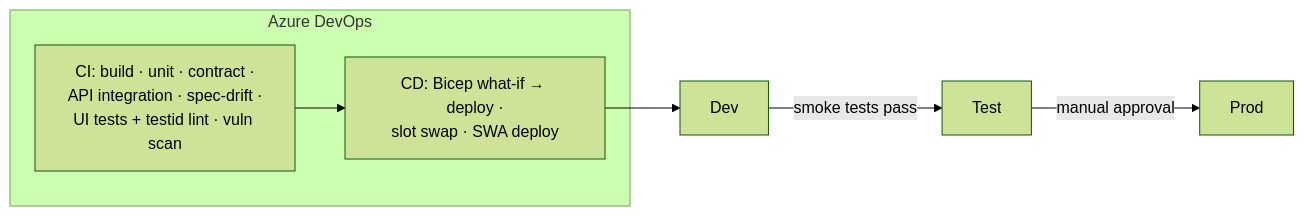
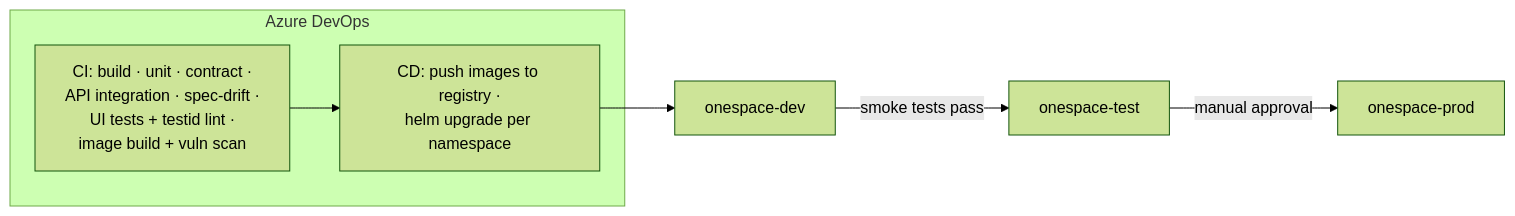
One commit to sumanpulavarthy/OneSpace changed the sixth of 7 diagrams in docs/architecture/OneSpace_Enterprise_Architecture.md. Above: the diagram before and after it, drawn with Mermaid (forest theme). The commit also changed other lines of this file and 5 other files, not shown here.

First line of the commit message:
Architecture v0.2: apply Rahul's review comments

````diff
--- a/docs/architecture/OneSpace_Enterprise_Architecture.md
+++ b/docs/architecture/OneSpace_Enterprise_Architecture.md
@@ -263,9 +252,9 @@
 ```mermaid
 flowchart LR
-    dev[Dev] -->|smoke tests pass| test[Test] -->|manual approval| prod[Prod]
     subgraph ADO[Azure DevOps]
-        ci[CI: build · unit · contract ·<br/>API integration · spec-drift ·<br/>UI tests + testid lint · vuln scan]
-        cd[CD: Bicep what-if → deploy ·<br/>slot swap · SWA deploy]
+        ci[CI: build · unit · contract ·<br/>API integration · spec-drift ·<br/>UI tests + testid lint ·<br/>image build + vuln scan]
+        cd[CD: push images to registry ·<br/>helm upgrade per namespace]
     end
-    ci --> cd --> dev
+    ci --> cd --> dev[onespace-dev]
+    dev -->|smoke tests pass| test[onespace-test] -->|manual approval| prod[onespace-prod]
 ```
````
